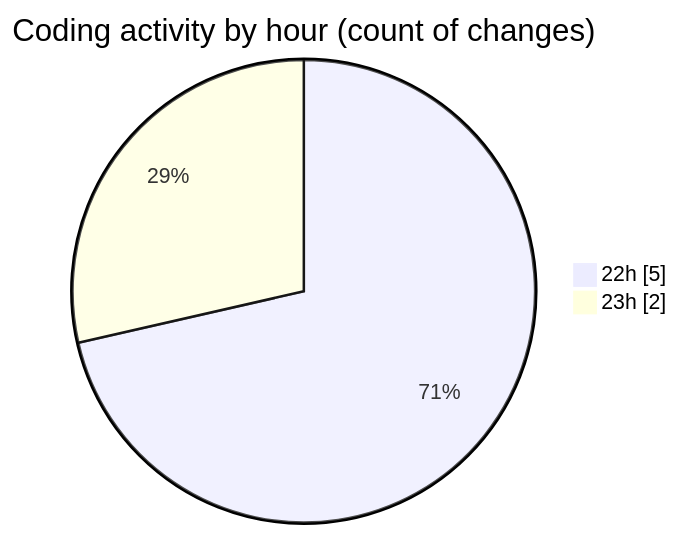
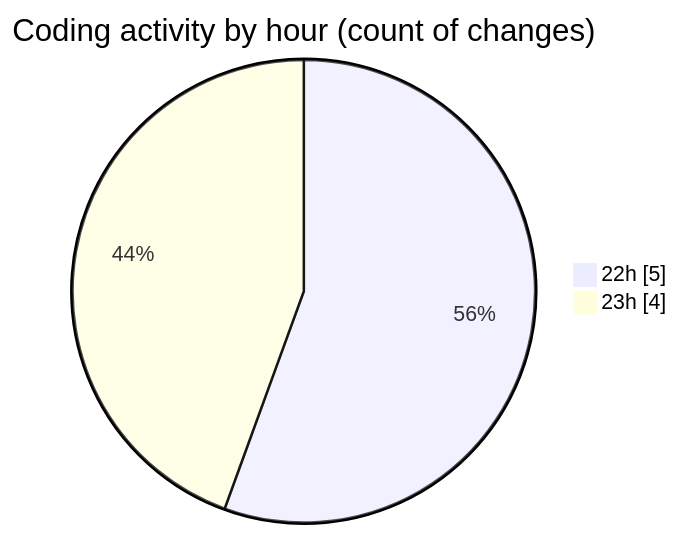
Before and after one commit to donsfak/code-tracking: the second of 2 diagrams in 2025-03-10/portofolio/README.md, drawn with Mermaid. The commit also changed other lines of this file and 1 other file, not shown here.

````diff
--- a/2025-03-10/portofolio/README.md
+++ b/2025-03-10/portofolio/README.md
@@ -28,6 +28,6 @@
 ```mermaid
 pie showData
 title Coding activity by hour (count of changes)
 "22h" : 5
-"23h" : 2
+"23h" : 4
 ```
````
